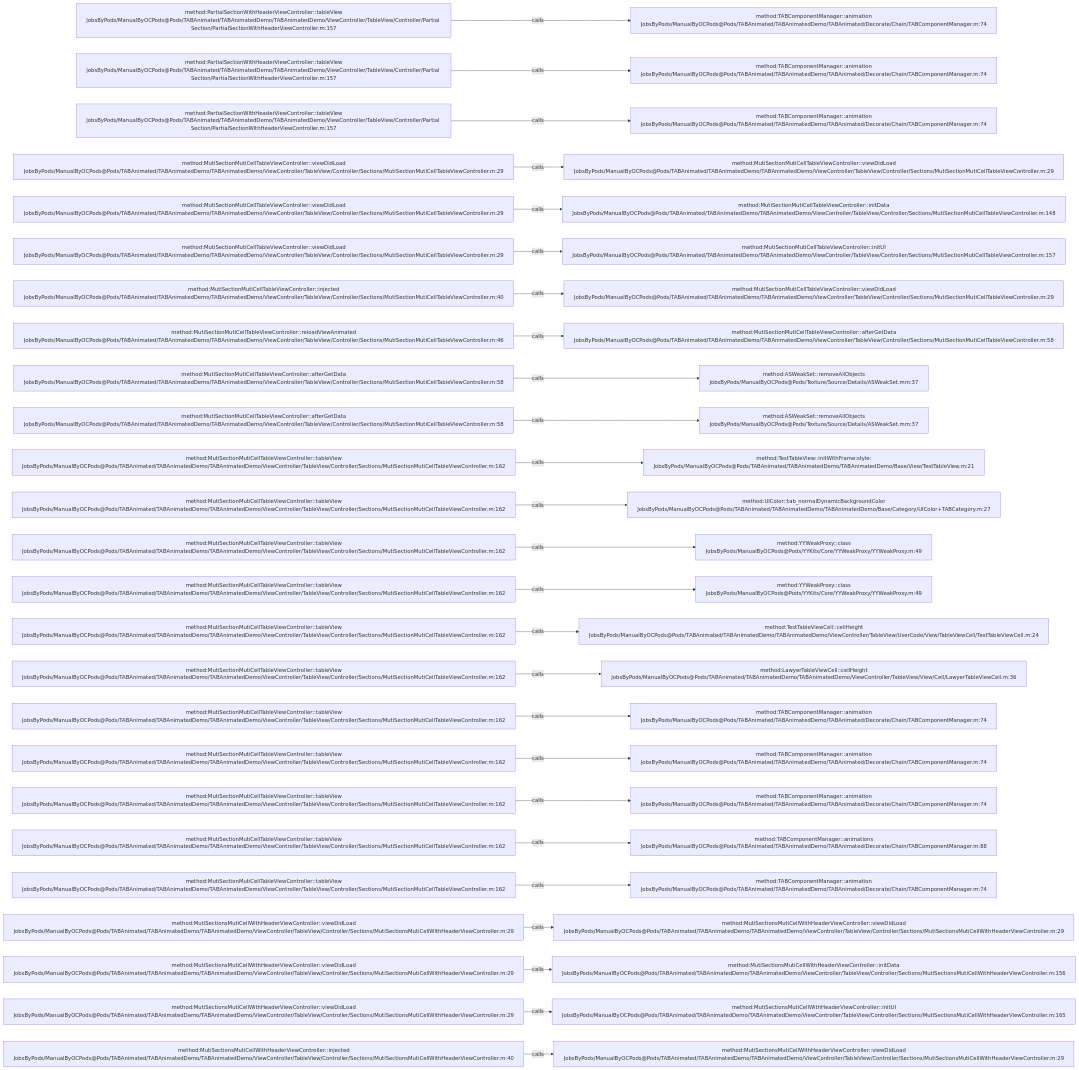
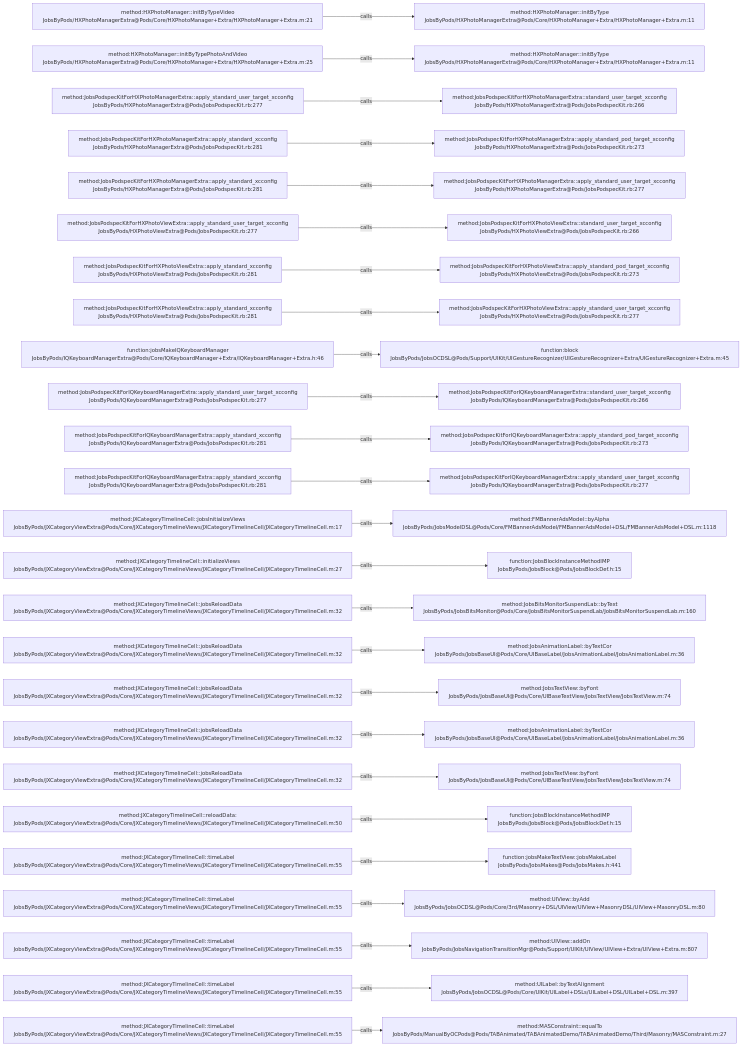
One commit to JobsKits/JobsOCBaseConfigDemo changed the diagram in .codegraph/codegraph.md/graphs/calls-048.md. Above: the diagram before and after it, drawn with Mermaid. The commit also changed 768 other files, not shown here.

````diff
--- a/.codegraph/codegraph.md/graphs/calls-048.md
+++ b/.codegraph/codegraph.md/graphs/calls-048.md
@@ -13,78 +13,78 @@
 ```mermaid
 flowchart LR
-  S1["method:PartialSectionWithHeaderViewController::tableView<br/>JobsByPods/ManualByOCPods@Pods/TABAnimated/TABAnimatedDemo/TABAnimatedDemo/ViewController/TableView/Controller/Partial Section/PartialSectionWithHeaderViewController.m:157"]
-  T1["method:TABComponentManager::animation<br/>JobsByPods/ManualByOCPods@Pods/TABAnimated/TABAnimatedDemo/TABAnimated/Decorate/Chain/TABComponentManager.m:74"]
+  S1["method:HXPhotoManager::initByTypeVideo<br/>JobsByPods/HXPhotoManagerExtra@Pods/Core/HXPhotoManager+Extra/HXPhotoManager+Extra.m:21"]
+  T1["method:HXPhotoManager::initByType<br/>JobsByPods/HXPhotoManagerExtra@Pods/Core/HXPhotoManager+Extra/HXPhotoManager+Extra.m:11"]
   S1 -->|calls| T1
-  S2["method:PartialSectionWithHeaderViewController::tableView<br/>JobsByPods/ManualByOCPods@Pods/TABAnimated/TABAnimatedDemo/TABAnimatedDemo/ViewController/TableView/Controller/Partial Section/PartialSectionWithHeaderViewController.m:157"]
-  T2["method:TABComponentManager::animation<br/>JobsByPods/ManualByOCPods@Pods/TABAnimated/TABAnimatedDemo/TABAnimated/Decorate/Chain/TABComponentManager.m:74"]
+  S2["method:HXPhotoManager::initByTypePhotoAndVideo<br/>JobsByPods/HXPhotoManagerExtra@Pods/Core/HXPhotoManager+Extra/HXPhotoManager+Extra.m:25"]
+  T2["method:HXPhotoManager::initByType<br/>JobsByPods/HXPhotoManagerExtra@Pods/Core/HXPhotoManager+Extra/HXPhotoManager+Extra.m:11"]
   S2 -->|calls| T2
-  S3["method:PartialSectionWithHeaderViewController::tableView<br/>JobsByPods/ManualByOCPods@Pods/TABAnimated/TABAnimatedDemo/TABAnimatedDemo/ViewController/TableView/Controller/Partial Section/PartialSectionWithHeaderViewController.m:157"]
-  T3["method:TABComponentManager::animation<br/>JobsByPods/ManualByOCPods@Pods/TABAnimated/TABAnimatedDemo/TABAnimated/Decorate/Chain/TABComponentManager.m:74"]
+  S3["method:JobsPodspecKitForHXPhotoManagerExtra::apply_standard_user_target_xcconfig<br/>JobsByPods/HXPhotoManagerExtra@Pods/JobsPodspecKit.rb:277"]
+  T3["method:JobsPodspecKitForHXPhotoManagerExtra::standard_user_target_xcconfig<br/>JobsByPods/HXPhotoManagerExtra@Pods/JobsPodspecKit.rb:266"]
   S3 -->|calls| T3
-  S4["method:MutiSectionMutiCellTableViewController::viewDidLoad<br/>JobsByPods/ManualByOCPods@Pods/TABAnimated/TABAnimatedDemo/TABAnimatedDemo/ViewController/TableView/Controller/Sections/MutiSectionMutiCellTableViewController.m:29"]
-  T4["method:MutiSectionMutiCellTableViewController::viewDidLoad<br/>JobsByPods/ManualByOCPods@Pods/TABAnimated/TABAnimatedDemo/TABAnimatedDemo/ViewController/TableView/Controller/Sections/MutiSectionMutiCellTableViewController.m:29"]
+  S4["method:JobsPodspecKitForHXPhotoManagerExtra::apply_standard_xcconfig<br/>JobsByPods/HXPhotoManagerExtra@Pods/JobsPodspecKit.rb:281"]
+  T4["method:JobsPodspecKitForHXPhotoManagerExtra::apply_standard_pod_target_xcconfig<br/>JobsByPods/HXPhotoManagerExtra@Pods/JobsPodspecKit.rb:273"]
   S4 -->|calls| T4
-  S5["method:MutiSectionMutiCellTableViewController::viewDidLoad<br/>JobsByPods/ManualByOCPods@Pods/TABAnimated/TABAnimatedDemo/TABAnimatedDemo/ViewController/TableView/Controller/Sections/MutiSectionMutiCellTableViewController.m:29"]
-  T5["method:MutiSectionMutiCellTableViewController::initData<br/>JobsByPods/ManualByOCPods@Pods/TABAnimated/TABAnimatedDemo/TABAnimatedDemo/ViewController/TableView/Controller/Sections/MutiSectionMutiCellTableViewController.m:148"]
+  S5["method:JobsPodspecKitForHXPhotoManagerExtra::apply_standard_xcconfig<br/>JobsByPods/HXPhotoManagerExtra@Pods/JobsPodspecKit.rb:281"]
+  T5["method:JobsPodspecKitForHXPhotoManagerExtra::apply_standard_user_target_xcconfig<br/>JobsByPods/HXPhotoManagerExtra@Pods/JobsPodspecKit.rb:277"]
   S5 -->|calls| T5
-  S6["method:MutiSectionMutiCellTableViewController::viewDidLoad<br/>JobsByPods/ManualByOCPods@Pods/TABAnimated/TABAnimatedDemo/TABAnimatedDemo/ViewController/TableView/Controller/Sections/MutiSectionMutiCellTableViewController.m:29"]
-  T6["method:MutiSectionMutiCellTableViewController::initUI<br/>JobsByPods/ManualByOCPods@Pods/TABAnimated/TABAnimatedDemo/TABAnimatedDemo/ViewController/TableView/Controller/Sections/MutiSectionMutiCellTableViewController.m:157"]
+  S6["method:JobsPodspecKitForHXPhotoViewExtra::apply_standard_user_target_xcconfig<br/>JobsByPods/HXPhotoViewExtra@Pods/JobsPodspecKit.rb:277"]
+  T6["method:JobsPodspecKitForHXPhotoViewExtra::standard_user_target_xcconfig<br/>JobsByPods/HXPhotoViewExtra@Pods/JobsPodspecKit.rb:266"]
   S6 -->|calls| T6
-  S7["method:MutiSectionMutiCellTableViewController::injected<br/>JobsByPods/ManualByOCPods@Pods/TABAnimated/TABAnimatedDemo/TABAnimatedDemo/ViewController/TableView/Controller/Sections/MutiSectionMutiCellTableViewController.m:40"]
-  T7["method:MutiSectionMutiCellTableViewController::viewDidLoad<br/>JobsByPods/ManualByOCPods@Pods/TABAnimated/TABAnimatedDemo/TABAnimatedDemo/ViewController/TableView/Controller/Sections/MutiSectionMutiCellTableViewController.m:29"]
+  S7["method:JobsPodspecKitForHXPhotoViewExtra::apply_standard_xcconfig<br/>JobsByPods/HXPhotoViewExtra@Pods/JobsPodspecKit.rb:281"]
+  T7["method:JobsPodspecKitForHXPhotoViewExtra::apply_standard_pod_target_xcconfig<br/>JobsByPods/HXPhotoViewExtra@Pods/JobsPodspecKit.rb:273"]
   S7 -->|calls| T7
-  S8["method:MutiSectionMutiCellTableViewController::reloadViewAnimated<br/>JobsByPods/ManualByOCPods@Pods/TABAnimated/TABAnimatedDemo/TABAnimatedDemo/ViewController/TableView/Controller/Sections/MutiSectionMutiCellTableViewController.m:46"]
-  T8["method:MutiSectionMutiCellTableViewController::afterGetData<br/>JobsByPods/ManualByOCPods@Pods/TABAnimated/TABAnimatedDemo/TABAnimatedDemo/ViewController/TableView/Controller/Sections/MutiSectionMutiCellTableViewController.m:58"]
+  S8["method:JobsPodspecKitForHXPhotoViewExtra::apply_standard_xcconfig<br/>JobsByPods/HXPhotoViewExtra@Pods/JobsPodspecKit.rb:281"]
+  T8["method:JobsPodspecKitForHXPhotoViewExtra::apply_standard_user_target_xcconfig<br/>JobsByPods/HXPhotoViewExtra@Pods/JobsPodspecKit.rb:277"]
   S8 -->|calls| T8
-  S9["method:MutiSectionMutiCellTableViewController::afterGetData<br/>JobsByPods/ManualByOCPods@Pods/TABAnimated/TABAnimatedDemo/TABAnimatedDemo/ViewController/TableView/Controller/Sections/MutiSectionMutiCellTableViewController.m:58"]
-  T9["method:ASWeakSet::removeAllObjects<br/>JobsByPods/ManualByOCPods@Pods/Texture/Source/Details/ASWeakSet.mm:37"]
+  S9["function:jobsMakeIQKeyboardManager<br/>JobsByPods/IQKeyboardManagerExtra@Pods/Core/IQKeyboardManager+Extra/IQKeyboardManager+Extra.h:46"]
+  T9["function:block<br/>JobsByPods/JobsOCDSL@Pods/Support/UIKit/UIGestureRecognizer/UIGestureRecognizer+Extra/UIGestureRecognizer+Extra.m:45"]
   S9 -->|calls| T9
-  S10["method:MutiSectionMutiCellTableViewController::afterGetData<br/>JobsByPods/ManualByOCPods@Pods/TABAnimated/TABAnimatedDemo/TABAnimatedDemo/ViewController/TableView/Controller/Sections/MutiSectionMutiCellTableViewController.m:58"]
-  T10["method:ASWeakSet::removeAllObjects<br/>JobsByPods/ManualByOCPods@Pods/Texture/Source/Details/ASWeakSet.mm:37"]
+  S10["method:JobsPodspecKitForIQKeyboardManagerExtra::apply_standard_user_target_xcconfig<br/>JobsByPods/IQKeyboardManagerExtra@Pods/JobsPodspecKit.rb:277"]
+  T10["method:JobsPodspecKitForIQKeyboardManagerExtra::standard_user_target_xcconfig<br/>JobsByPods/IQKeyboardManagerExtra@Pods/JobsPodspecKit.rb:266"]
   S10 -->|calls| T10
-  S11["method:MutiSectionMutiCellTableViewController::tableView<br/>JobsByPods/ManualByOCPods@Pods/TABAnimated/TABAnimatedDemo/TABAnimatedDemo/ViewController/TableView/Controller/Sections/MutiSectionMutiCellTableViewController.m:162"]
-  T11["method:TestTableView::initWithFrame:style:<br/>JobsByPods/ManualByOCPods@Pods/TABAnimated/TABAnimatedDemo/TABAnimatedDemo/Base/View/TestTableView.m:21"]
+  S11["method:JobsPodspecKitForIQKeyboardManagerExtra::apply_standard_xcconfig<br/>JobsByPods/IQKeyboardManagerExtra@Pods/JobsPodspecKit.rb:281"]
+  T11["method:JobsPodspecKitForIQKeyboardManagerExtra::apply_standard_pod_target_xcconfig<br/>JobsByPods/IQKeyboardManagerExtra@Pods/JobsPodspecKit.rb:273"]
   S11 -->|calls| T11
-  S12["method:MutiSectionMutiCellTableViewController::tableView<br/>JobsByPods/ManualByOCPods@Pods/TABAnimated/TABAnimatedDemo/TABAnimatedDemo/ViewController/TableView/Controller/Sections/MutiSectionMutiCellTableViewController.m:162"]
-  T12["method:UIColor::tab_normalDynamicBackgroundColor<br/>JobsByPods/ManualByOCPods@Pods/TABAnimated/TABAnimatedDemo/TABAnimatedDemo/Base/Category/UIColor+TABCategory.m:27"]
+  S12["method:JobsPodspecKitForIQKeyboardManagerExtra::apply_standard_xcconfig<br/>JobsByPods/IQKeyboardManagerExtra@Pods/JobsPodspecKit.rb:281"]
+  T12["method:JobsPodspecKitForIQKeyboardManagerExtra::apply_standard_user_target_xcconfig<br/>JobsByPods/IQKeyboardManagerExtra@Pods/JobsPodspecKit.rb:277"]
   S12 -->|calls| T12
-  S13["method:MutiSectionMutiCellTableViewController::tableView<br/>JobsByPods/ManualByOCPods@Pods/TABAnimated/TABAnimatedDemo/TABAnimatedDemo/ViewController/TableView/Controller/Sections/MutiSectionMutiCellTableViewController.m:162"]
-  T13["method:YYWeakProxy::class<br/>JobsByPods/ManualByOCPods@Pods/YYKits/Core/YYWeakProxy/YYWeakProxy.m:49"]
+  S13["method:JXCategoryTimelineCell::jobsInitializeViews<br/>JobsByPods/JXCategoryViewExtra@Pods/Core/JXCategoryTimelineViews/JXCategoryTimelineCell/JXCategoryTimelineCell.m:17"]
+  T13["method:FMBannerAdsModel::byAlpha<br/>JobsByPods/JobsModelDSL@Pods/Core/FMBannerAdsModel/FMBannerAdsModel+DSL/FMBannerAdsModel+DSL.m:1118"]
   S13 -->|calls| T13
-  S14["method:MutiSectionMutiCellTableViewController::tableView<br/>JobsByPods/ManualByOCPods@Pods/TABAnimated/TABAnimatedDemo/TABAnimatedDemo/ViewController/TableView/Controller/Sections/MutiSectionMutiCellTableViewController.m:162"]
-  T14["method:YYWeakProxy::class<br/>JobsByPods/ManualByOCPods@Pods/YYKits/Core/YYWeakProxy/YYWeakProxy.m:49"]
+  S14["method:JXCategoryTimelineCell::initializeViews<br/>JobsByPods/JXCategoryViewExtra@Pods/Core/JXCategoryTimelineViews/JXCategoryTimelineCell/JXCategoryTimelineCell.m:27"]
+  T14["function:JobsBlockInstanceMethodIMP<br/>JobsByPods/JobsBlock@Pods/JobsBlockDef.h:15"]
   S14 -->|calls| T14
-  S15["method:MutiSectionMutiCellTableViewController::tableView<br/>JobsByPods/ManualByOCPods@Pods/TABAnimated/TABAnimatedDemo/TABAnimatedDemo/ViewController/TableView/Controller/Sections/MutiSectionMutiCellTableViewController.m:162"]
-  T15["method:TestTableViewCell::cellHeight<br/>JobsByPods/ManualByOCPods@Pods/TABAnimated/TABAnimatedDemo/TABAnimatedDemo/ViewController/TableView/UserCode/View/TableViewCell/TestTableViewCell.m:24"]
+  S15["method:JXCategoryTimelineCell::jobsReloadData<br/>JobsByPods/JXCategoryViewExtra@Pods/Core/JXCategoryTimelineViews/JXCategoryTimelineCell/JXCategoryTimelineCell.m:32"]
+  T15["method:JobsBitsMonitorSuspendLab::byText<br/>JobsByPods/JobsBitsMonitor@Pods/Core/JobsBitsMonitorSuspendLab/JobsBitsMonitorSuspendLab.m:160"]
   S15 -->|calls| T15
-  S16["method:MutiSectionMutiCellTableViewController::tableView<br/>JobsByPods/ManualByOCPods@Pods/TABAnimated/TABAnimatedDemo/TABAnimatedDemo/ViewController/TableView/Controller/Sections/MutiSectionMutiCellTableViewController.m:162"]
-  T16["method:LawyerTableViewCell::cellHeight<br/>JobsByPods/ManualByOCPods@Pods/TABAnimated/TABAnimatedDemo/TABAnimatedDemo/ViewController/TableView/View/Cell/LawyerTableViewCell.m:36"]
+  S16["method:JXCategoryTimelineCell::jobsReloadData<br/>JobsByPods/JXCategoryViewExtra@Pods/Core/JXCategoryTimelineViews/JXCategoryTimelineCell/JXCategoryTimelineCell.m:32"]
+  T16["method:JobsAnimationLabel::byTextCor<br/>JobsByPods/JobsBaseUI@Pods/Core/UIBaseLabel/JobsAnimationLabel/JobsAnimationLabel.m:36"]
   S16 -->|calls| T16
-  S17["method:MutiSectionMutiCellTableViewController::tableView<br/>JobsByPods/ManualByOCPods@Pods/TABAnimated/TABAnimatedDemo/TABAnimatedDemo/ViewController/TableView/Controller/Sections/MutiSectionMutiCellTableViewController.m:162"]
-  T17["method:TABComponentManager::animation<br/>JobsByPods/ManualByOCPods@Pods/TABAnimated/TABAnimatedDemo/TABAnimated/Decorate/Chain/TABComponentManager.m:74"]
+  S17["method:JXCategoryTimelineCell::jobsReloadData<br/>JobsByPods/JXCategoryViewExtra@Pods/Core/JXCategoryTimelineViews/JXCategoryTimelineCell/JXCategoryTimelineCell.m:32"]
+  T17["method:JobsTextView::byFont<br/>JobsByPods/JobsBaseUI@Pods/Core/UIBaseTextView/JobsTextView/JobsTextView.m:74"]
   S17 -->|calls| T17
-  S18["method:MutiSectionMutiCellTableViewController::tableView<br/>JobsByPods/ManualByOCPods@Pods/TABAnimated/TABAnimatedDemo/TABAnimatedDemo/ViewController/TableView/Controller/Sections/MutiSectionMutiCellTableViewController.m:162"]
-  T18["method:TABComponentManager::animation<br/>JobsByPods/ManualByOCPods@Pods/TABAnimated/TABAnimatedDemo/TABAnimated/Decorate/Chain/TABComponentManager.m:74"]
+  S18["method:JXCategoryTimelineCell::jobsReloadData<br/>JobsByPods/JXCategoryViewExtra@Pods/Core/JXCategoryTimelineViews/JXCategoryTimelineCell/JXCategoryTimelineCell.m:32"]
+  T18["method:JobsAnimationLabel::byTextCor<br/>JobsByPods/JobsBaseUI@Pods/Core/UIBaseLabel/JobsAnimationLabel/JobsAnimationLabel.m:36"]
   S18 -->|calls| T18
-  S19["method:MutiSectionMutiCellTableViewController::tableView<br/>JobsByPods/ManualByOCPods@Pods/TABAnimated/TABAnimatedDemo/TABAnimatedDemo/ViewController/TableView/Controller/Sections/MutiSectionMutiCellTableViewController.m:162"]
-  T19["method:TABComponentManager::animation<br/>JobsByPods/ManualByOCPods@Pods/TABAnimated/TABAnimatedDemo/TABAnimated/Decorate/Chain/TABComponentManager.m:74"]
+  S19["method:JXCategoryTimelineCell::jobsReloadData<br/>JobsByPods/JXCategoryViewExtra@Pods/Core/JXCategoryTimelineViews/JXCategoryTimelineCell/JXCategoryTimelineCell.m:32"]
+  T19["method:JobsTextView::byFont<br/>JobsByPods/JobsBaseUI@Pods/Core/UIBaseTextView/JobsTextView/JobsTextView.m:74"]
   S19 -->|calls| T19
-  S20["method:MutiSectionMutiCellTableViewController::tableView<br/>JobsByPods/ManualByOCPods@Pods/TABAnimated/TABAnimatedDemo/TABAnimatedDemo/ViewController/TableView/Controller/Sections/MutiSectionMutiCellTableViewController.m:162"]
-  T20["method:TABComponentManager::animations<br/>JobsByPods/ManualByOCPods@Pods/TABAnimated/TABAnimatedDemo/TABAnimated/Decorate/Chain/TABComponentManager.m:88"]
+  S20["method:JXCategoryTimelineCell::reloadData:<br/>JobsByPods/JXCategoryViewExtra@Pods/Core/JXCategoryTimelineViews/JXCategoryTimelineCell/JXCategoryTimelineCell.m:50"]
+  T20["function:JobsBlockInstanceMethodIMP<br/>JobsByPods/JobsBlock@Pods/JobsBlockDef.h:15"]
   S20 -->|calls| T20
-  S21["method:MutiSectionMutiCellTableViewController::tableView<br/>JobsByPods/ManualByOCPods@Pods/TABAnimated/TABAnimatedDemo/TABAnimatedDemo/ViewController/TableView/Controller/Sections/MutiSectionMutiCellTableViewController.m:162"]
-  T21["method:TABComponentManager::animation<br/>JobsByPods/ManualByOCPods@Pods/TABAnimated/TABAnimatedDemo/TABAnimated/Decorate/Chain/TABComponentManager.m:74"]
+  S21["method:JXCategoryTimelineCell::timeLabel<br/>JobsByPods/JXCategoryViewExtra@Pods/Core/JXCategoryTimelineViews/JXCategoryTimelineCell/JXCategoryTimelineCell.m:55"]
+  T21["function:jobsMakeTextView::jobsMakeLabel<br/>JobsByPods/JobsMakes@Pods/JobsMakes.h:441"]
   S21 -->|calls| T21
-  S22["method:MutiSectionsMutiCellWithHeaderViewController::viewDidLoad<br/>JobsByPods/ManualByOCPods@Pods/TABAnimated/TABAnimatedDemo/TABAnimatedDemo/ViewController/TableView/Controller/Sections/MutiSectionsMutiCellWithHeaderViewController.m:29"]
-  T22["method:MutiSectionsMutiCellWithHeaderViewController::viewDidLoad<br/>JobsByPods/ManualByOCPods@Pods/TABAnimated/TABAnimatedDemo/TABAnimatedDemo/ViewController/TableView/Controller/Sections/MutiSectionsMutiCellWithHeaderViewController.m:29"]
+  S22["method:JXCategoryTimelineCell::timeLabel<br/>JobsByPods/JXCategoryViewExtra@Pods/Core/JXCategoryTimelineViews/JXCategoryTimelineCell/JXCategoryTimelineCell.m:55"]
+  T22["method:UIView::byAdd<br/>JobsByPods/JobsOCDSL@Pods/Core/3rd/Masonry+DSL/UIView/UIView+MasonryDSL/UIView+MasonryDSL.m:80"]
   S22 -->|calls| T22
-  S23["method:MutiSectionsMutiCellWithHeaderViewController::viewDidLoad<br/>JobsByPods/ManualByOCPods@Pods/TABAnimated/TABAnimatedDemo/TABAnimatedDemo/ViewController/TableView/Controller/Sections/MutiSectionsMutiCellWithHeaderViewController.m:29"]
-  T23["method:MutiSectionsMutiCellWithHeaderViewController::initData<br/>JobsByPods/ManualByOCPods@Pods/TABAnimated/TABAnimatedDemo/TABAnimatedDemo/ViewController/TableView/Controller/Sections/MutiSectionsMutiCellWithHeaderViewController.m:156"]
+  S23["method:JXCategoryTimelineCell::timeLabel<br/>JobsByPods/JXCategoryViewExtra@Pods/Core/JXCategoryTimelineViews/JXCategoryTimelineCell/JXCategoryTimelineCell.m:55"]
+  T23["method:UIView::addOn<br/>JobsByPods/JobsNavigationTransitionMgr@Pods/Support/UIKit/UIView/UIView+Extra/UIView+Extra.m:807"]
   S23 -->|calls| T23
-  S24["method:MutiSectionsMutiCellWithHeaderViewController::viewDidLoad<br/>JobsByPods/ManualByOCPods@Pods/TABAnimated/TABAnimatedDemo/TABAnimatedDemo/ViewController/TableView/Controller/Sections/MutiSectionsMutiCellWithHeaderViewController.m:29"]
-  T24["method:MutiSectionsMutiCellWithHeaderViewController::initUI<br/>JobsByPods/ManualByOCPods@Pods/TABAnimated/TABAnimatedDemo/TABAnimatedDemo/ViewController/TableView/Controller/Sections/MutiSectionsMutiCellWithHeaderViewController.m:165"]
+  S24["method:JXCategoryTimelineCell::timeLabel<br/>JobsByPods/JXCategoryViewExtra@Pods/Core/JXCategoryTimelineViews/JXCategoryTimelineCell/JXCategoryTimelineCell.m:55"]
+  T24["method:UILabel::byTextAlignment<br/>JobsByPods/JobsOCDSL@Pods/Core/UIKit/UILabel+DSLs/UILabel+DSL/UILabel+DSL.m:397"]
   S24 -->|calls| T24
-  S25["method:MutiSectionsMutiCellWithHeaderViewController::injected<br/>JobsByPods/ManualByOCPods@Pods/TABAnimated/TABAnimatedDemo/TABAnimatedDemo/ViewController/TableView/Controller/Sections/MutiSectionsMutiCellWithHeaderViewController.m:40"]
-  T25["method:MutiSectionsMutiCellWithHeaderViewController::viewDidLoad<br/>JobsByPods/ManualByOCPods@Pods/TABAnimated/TABAnimatedDemo/TABAnimatedDemo/ViewController/TableView/Controller/Sections/MutiSectionsMutiCellWithHeaderViewController.m:29"]
+  S25["method:JXCategoryTimelineCell::timeLabel<br/>JobsByPods/JXCategoryViewExtra@Pods/Core/JXCategoryTimelineViews/JXCategoryTimelineCell/JXCategoryTimelineCell.m:55"]
+  T25["method:MASConstraint::equalTo<br/>JobsByPods/ManualByOCPods@Pods/TABAnimated/TABAnimatedDemo/TABAnimatedDemo/Third/Masonry/MASConstraint.m:27"]
   S25 -->|calls| T25
 ```
````
